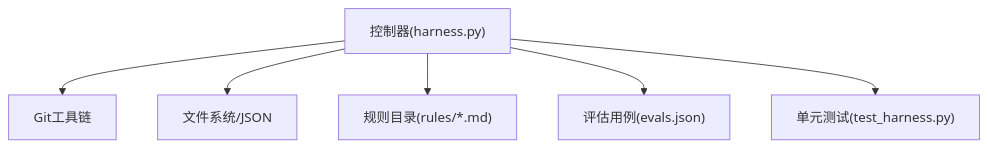
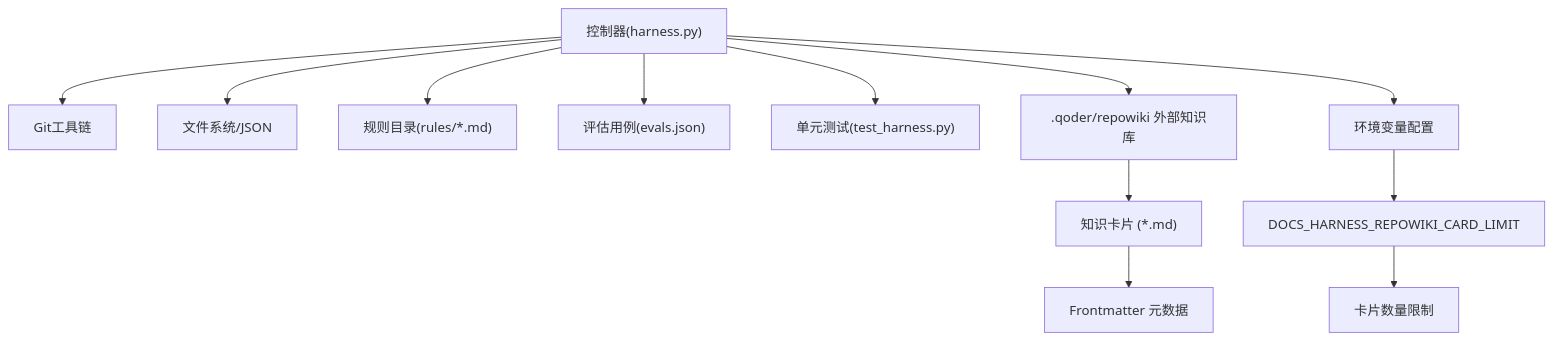
One commit to HackSing/docs-harness changed the eighth of 8 diagrams in .qoder/repowiki/zh/content/核心概念/知识图谱系统/知识图谱系统.md. Above: the diagram before and after it, drawn with Mermaid. The commit also changed other lines of this file and 40 other files, not shown here.

````diff
--- a/.qoder/repowiki/zh/content/核心概念/知识图谱系统/知识图谱系统.md
+++ b/.qoder/repowiki/zh/content/核心概念/知识图谱系统/知识图谱系统.md
@@ -252,8 +353,14 @@
 ```mermaid
 graph TB
 Controller["控制器(harness.py)"] --> Git["Git工具链"]
 Controller --> FS["文件系统/JSON"]
 Controller --> Rules["规则目录(rules/*.md)"]
 Controller --> Eval["评估用例(evals.json)"]
 Controller --> Tests["单元测试(test_harness.py)"]
+Controller --> ExternalKB[".qoder/repowiki 外部知识库"]
+Controller --> EnvVars["环境变量配置"]
+ExternalKB --> Cards["知识卡片 (*.md)"]
+Cards --> Frontmatter["Frontmatter 元数据"]
+EnvVars --> CardLimit["DOCS_HARNESS_REPOWIKI_CARD_LIMIT"]
+CardLimit --> LimitValue["卡片数量限制"]
 ```
````
